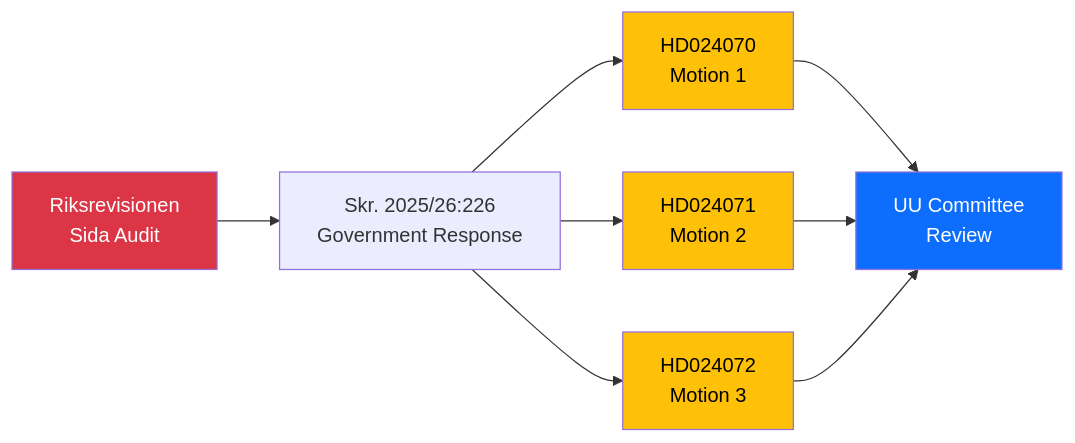
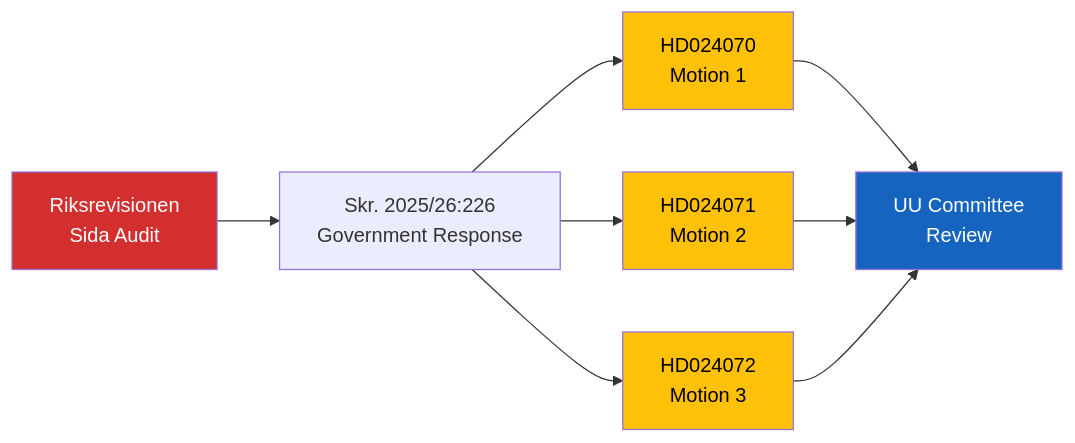
Before and after one commit to Hack23/riksdagsmonitor: the diagram in analysis/daily/2026-04-08/evening-analysis-2/documents/hd024070-analysis.md, drawn with Mermaid. The commit also changed 785 other files, not shown here.

First line of the commit message:
Normalize mermaid colors across 786 analysis artifacts to ISMS Style Guide palette

````diff
--- a/analysis/daily/2026-04-08/evening-analysis-2/documents/hd024070-analysis.md
+++ b/analysis/daily/2026-04-08/evening-analysis-2/documents/hd024070-analysis.md
@@ -19,16 +19,16 @@
 ```mermaid
 graph LR
     A["Riksrevisionen<br/>Sida Audit"] --> B["Skr. 2025/26:226<br/>Government Response"]
     B --> C["HD024070<br/>Motion 1"]
     B --> D["HD024071<br/>Motion 2"]
     B --> E["HD024072<br/>Motion 3"]
     C --> F["UU Committee<br/>Review"]
     D --> F
     E --> F
 
-    style A fill:#dc3545,color:#fff
-    style C fill:#ffc107,color:#000
-    style D fill:#ffc107,color:#000
-    style E fill:#ffc107,color:#000
-    style F fill:#0d6efd,color:#fff
+    style A fill:#D32F2F,color:#FFFFFF
+    style C fill:#FFC107,color:#000000
+    style D fill:#FFC107,color:#000000
+    style E fill:#FFC107,color:#000000
+    style F fill:#1565C0,color:#FFFFFF
 ```
````
